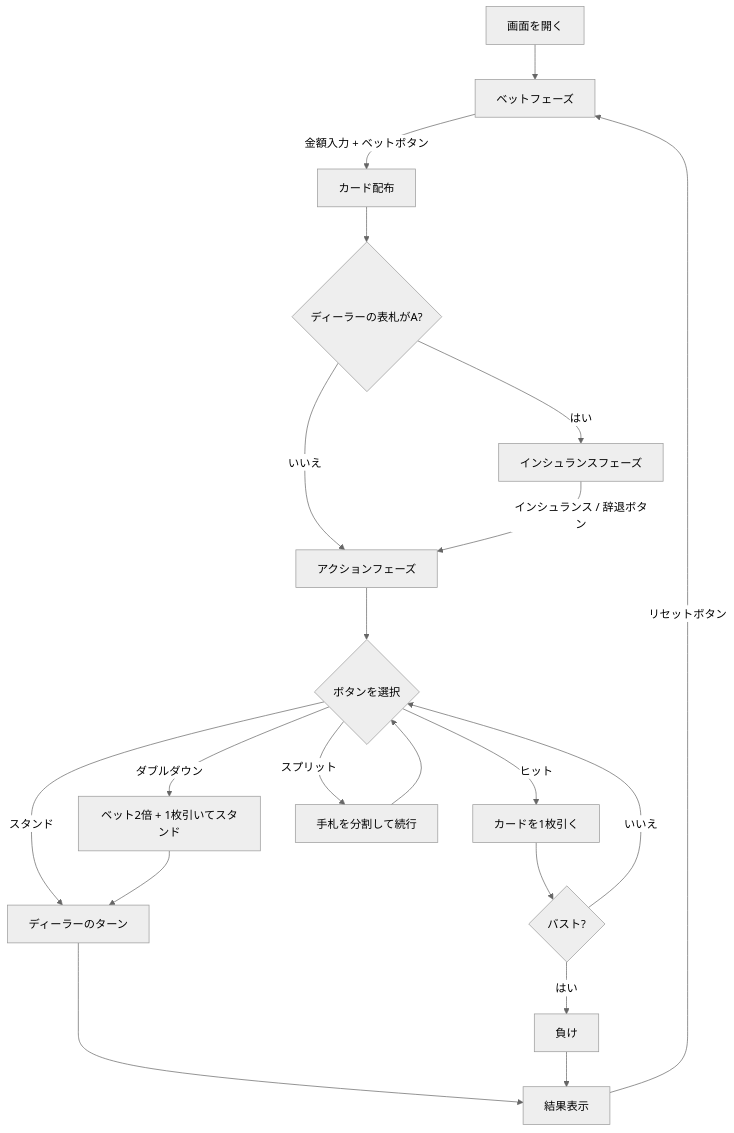
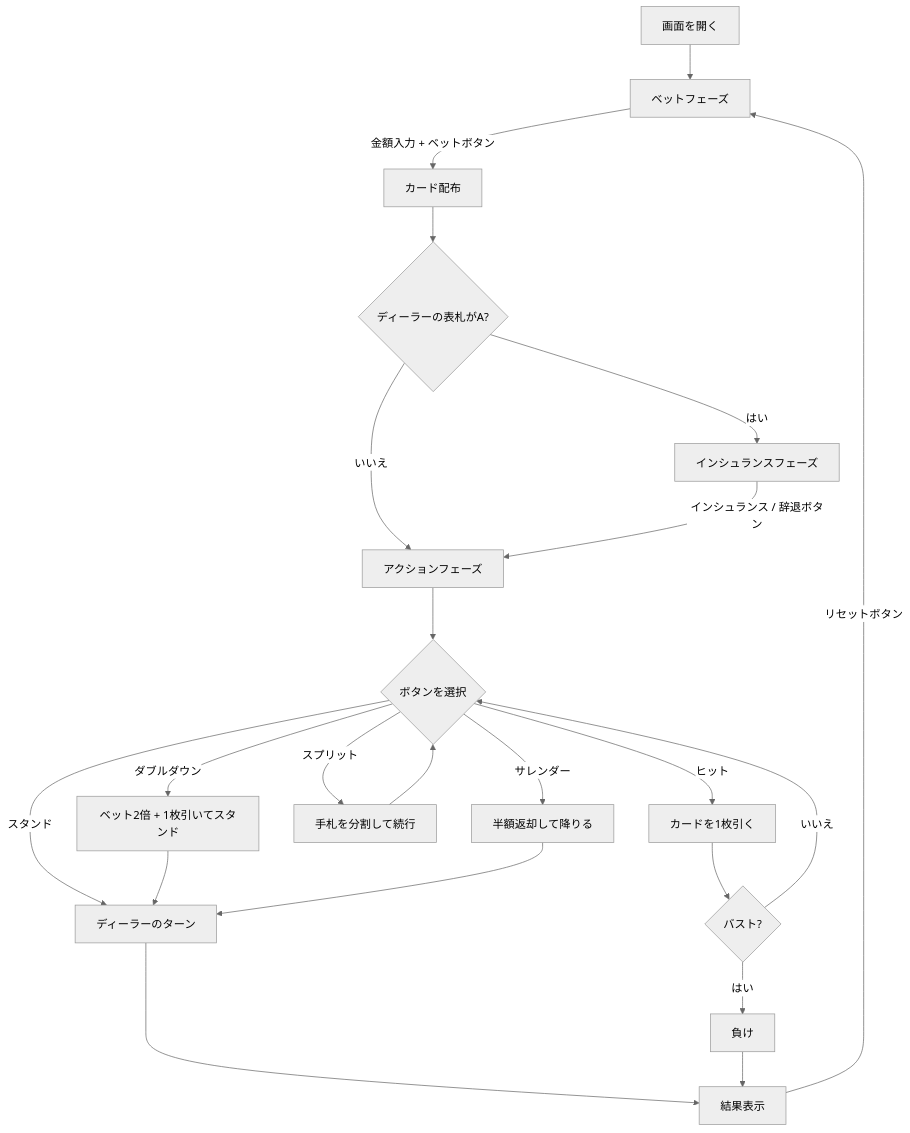
Before and after one commit to yuta-yoshinaga/go_trumpcards: the diagram in docs/manual/web/blackjack.md, drawn with Mermaid (neutral theme). The commit also changed other lines of this file and 28 other files, not shown here.

````diff
--- a/docs/manual/web/blackjack.md
+++ b/docs/manual/web/blackjack.md
@@ -41,22 +41,24 @@
 ```mermaid
 flowchart TD
     A[画面を開く] --> B[ベットフェーズ]
     B -->|金額入力 + ベットボタン| C[カード配布]
     C --> D{ディーラーの表札がA?}
     D -->|はい| E[インシュランスフェーズ]
     D -->|いいえ| F[アクションフェーズ]
     E -->|インシュランス / 辞退ボタン| F
     F --> G{ボタンを選択}
     G -->|ヒット| H[カードを1枚引く]
     H --> I{バスト?}
     I -->|はい| J[負け]
     I -->|いいえ| G
     G -->|スタンド| K[ディーラーのターン]
     G -->|ダブルダウン| L[ベット2倍 + 1枚引いてスタンド]
     L --> K
     G -->|スプリット| M[手札を分割して続行]
     M --> G
+    G -->|サレンダー| O[半額返却して降りる]
+    O --> K
     K --> N[結果表示]
     J --> N
     N -->|リセットボタン| B
 ```
````
